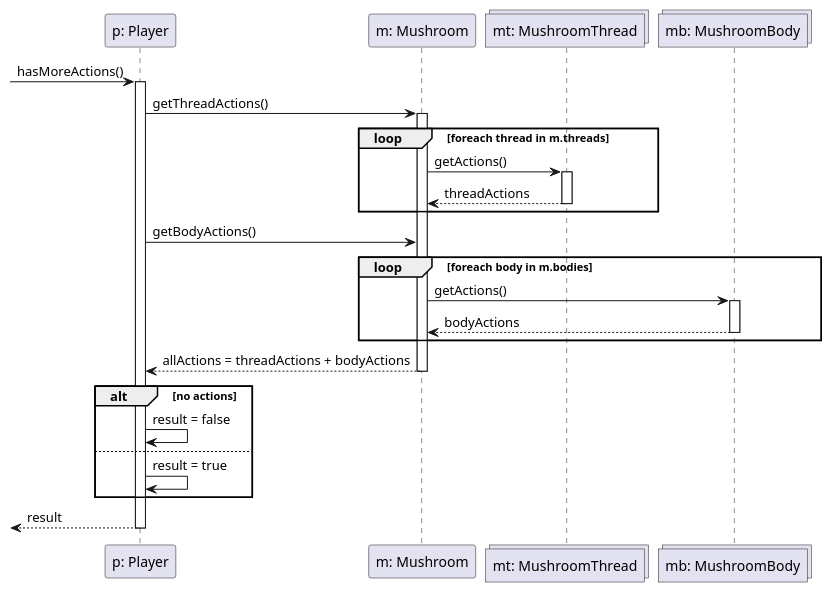
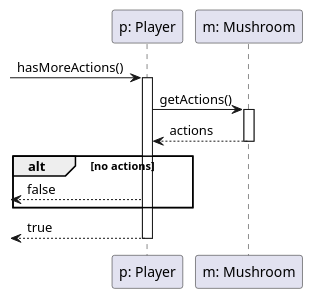
Before and after one commit to dzsem/projlab: the diagram in diagrams/sequence/player/mycologist/hasMoreActions.puml, drawn with PlantUML.

Commit message:
mycologist hasMoreActions fix (Mushroom is now Interactable)

```diff
--- a/diagrams/sequence/player/mycologist/hasMoreActions.puml
+++ b/diagrams/sequence/player/mycologist/hasMoreActions.puml
@@ -1,44 +1,22 @@
 @startuml hasMoreActionsMycologist
 
 participant "p: Player" as p
 participant "m: Mushroom" as m
-collections "mt: MushroomThread" as mt
-collections "mb: MushroomBody" as mb
 
 -> p : hasMoreActions()
 activate p
     
-p -> m : getThreadActions()
+p -> m : getActions()
 activate m
 
-loop foreach thread in m.threads
-    m -> mt : getActions()
-    activate mt
-
-    m <-- mt : threadActions
-    deactivate mt
-end
-
-p -> m : getBodyActions()
-
-loop foreach body in m.bodies
-    m -> mb : getActions()
-    activate mb
-
-    m <-- mb : bodyActions
-    deactivate mb
-end
-
-p <-- m: allActions = threadActions + bodyActions
+p <-- m : actions
 deactivate m
 
 alt no actions
-    p -> p : result = false
-else
-    p -> p : result = true
+    <-- p : false
 end
 
-<-- p : result
+<-- p : true
 deactivate p
 
 @enduml
```
